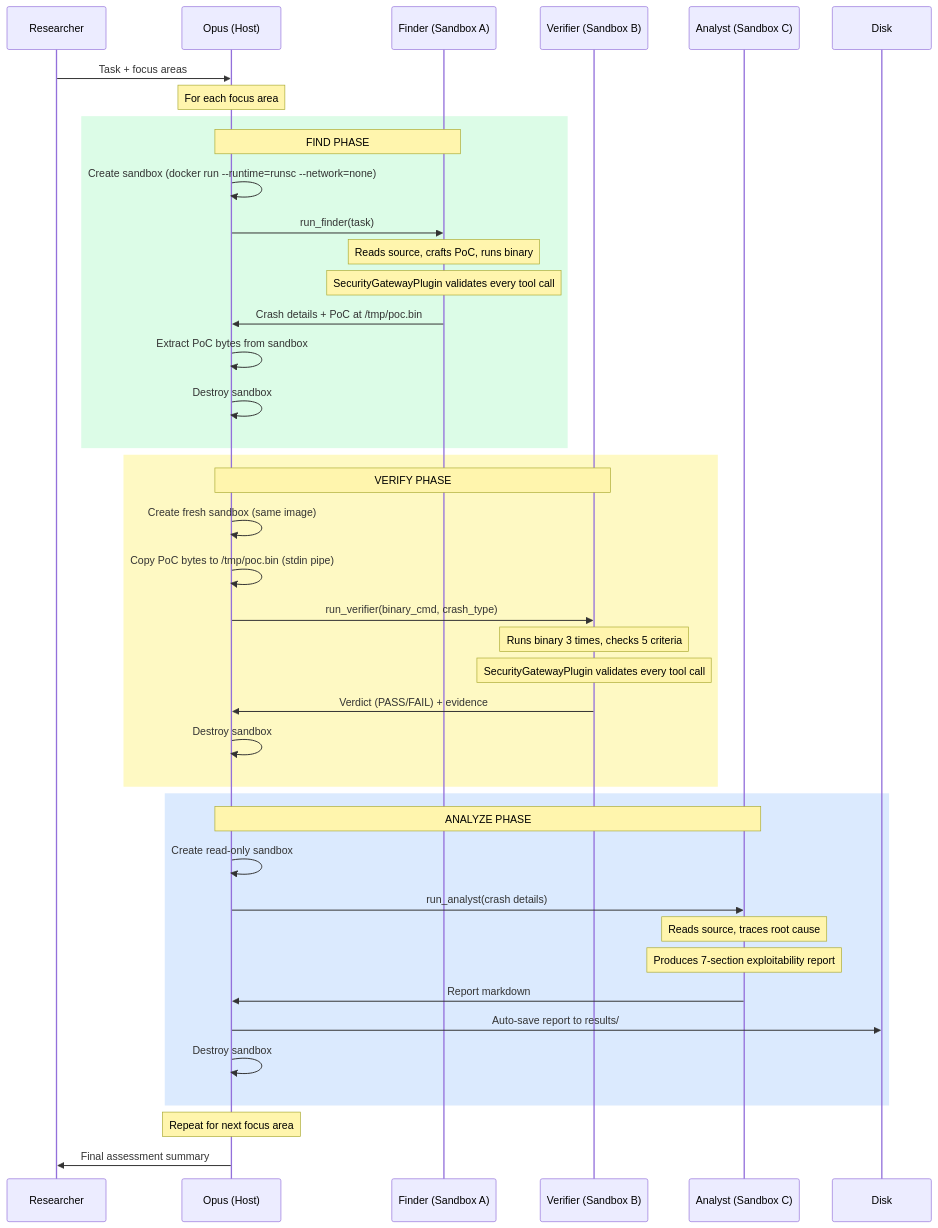
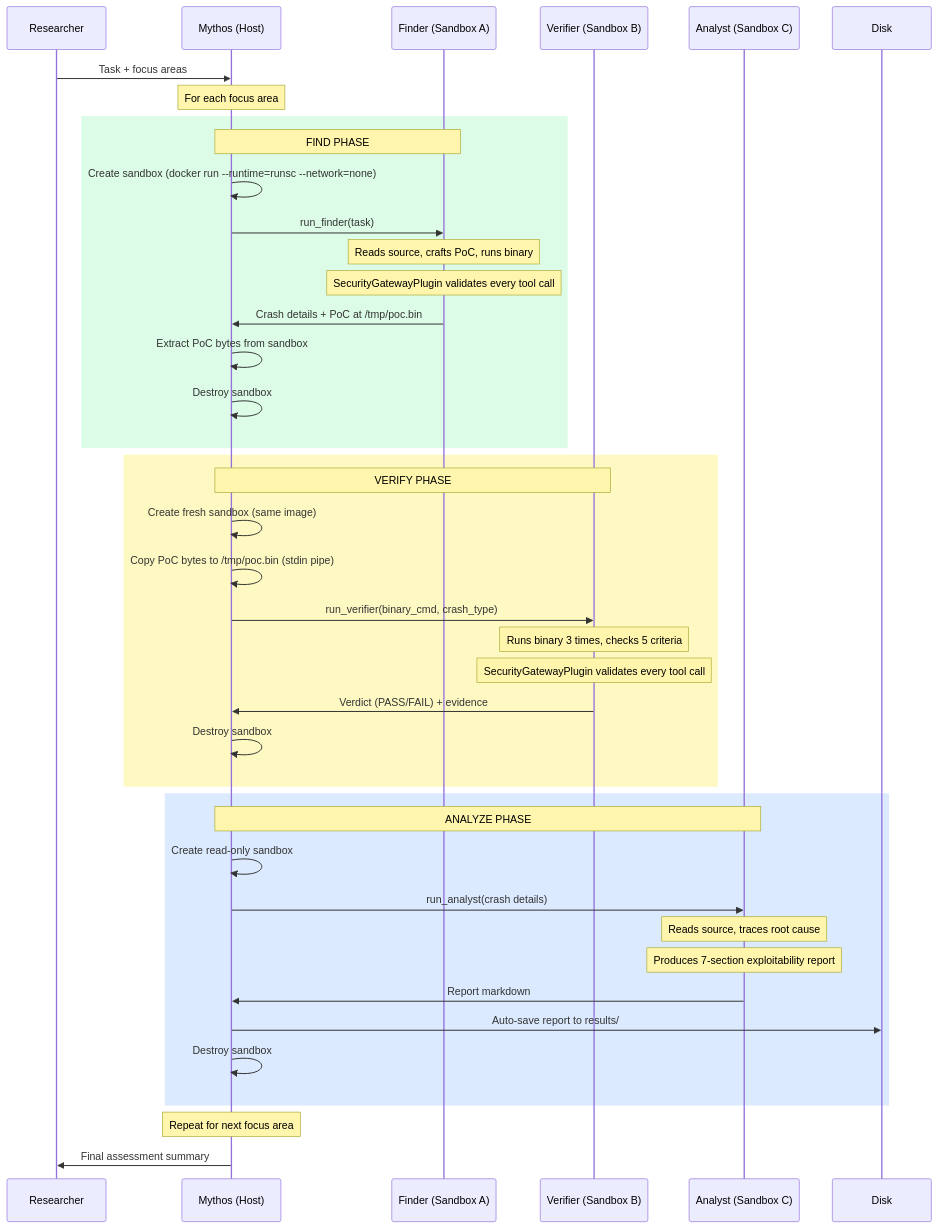
Before and after one commit to prashantkul/anthropic-mythos-on-gcp: the third of 6 diagrams in agentic-harness/FLOW.md, drawn with Mermaid. The commit also changed other lines of this file and 3 other files, not shown here.

First line of the commit message:
Replace Opus with Mythos as primary agent throughout docs

````diff
--- a/agentic-harness/FLOW.md
+++ b/agentic-harness/FLOW.md
@@ -80,50 +80,50 @@
 ```mermaid
 sequenceDiagram
     participant R as Researcher
-    participant O as Opus (Host)
+    participant O as Mythos (Host)
     participant F as Finder (Sandbox A)
     participant V as Verifier (Sandbox B)
     participant A as Analyst (Sandbox C)
     participant D as Disk
 
     R->>O: Task + focus areas
 
     Note over O: For each focus area
 
     rect rgb(220, 252, 231)
         Note over O,F: FIND PHASE
         O->>O: Create sandbox (docker run --runtime=runsc --network=none)
         O->>F: run_finder(task)
         Note over F: Reads source, crafts PoC, runs binary
         Note over F: SecurityGatewayPlugin validates every tool call
         F->>O: Crash details + PoC at /tmp/poc.bin
         O->>O: Extract PoC bytes from sandbox
         O->>O: Destroy sandbox
     end
 
     rect rgb(254, 249, 195)
         Note over O,V: VERIFY PHASE
         O->>O: Create fresh sandbox (same image)
         O->>O: Copy PoC bytes to /tmp/poc.bin (stdin pipe)
         O->>V: run_verifier(binary_cmd, crash_type)
         Note over V: Runs binary 3 times, checks 5 criteria
         Note over V: SecurityGatewayPlugin validates every tool call
         V->>O: Verdict (PASS/FAIL) + evidence
         O->>O: Destroy sandbox
     end
 
     rect rgb(219, 234, 254)
         Note over O,A: ANALYZE PHASE
         O->>O: Create read-only sandbox
         O->>A: run_analyst(crash details)
         Note over A: Reads source, traces root cause
         Note over A: Produces 7-section exploitability report
         A->>O: Report markdown
         O->>D: Auto-save report to results/
         O->>O: Destroy sandbox
     end
 
     Note over O: Repeat for next focus area
 
     O->>R: Final assessment summary
 ```
````
